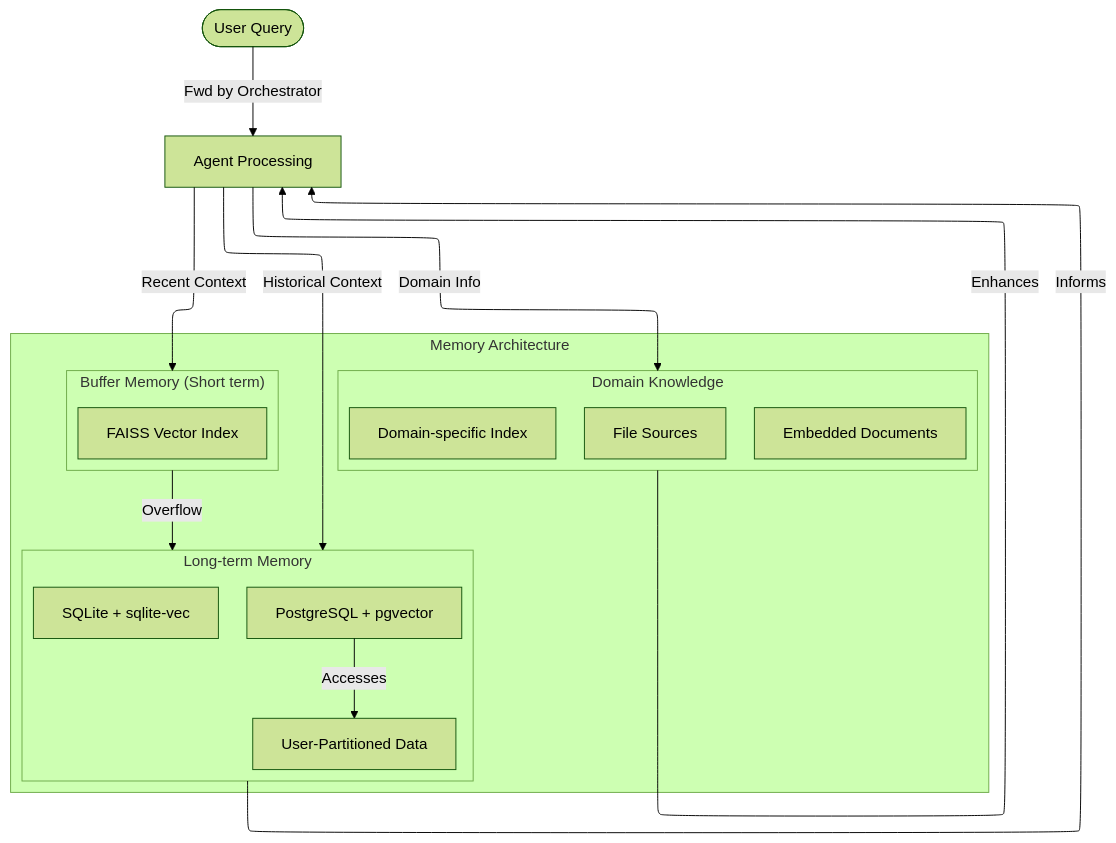
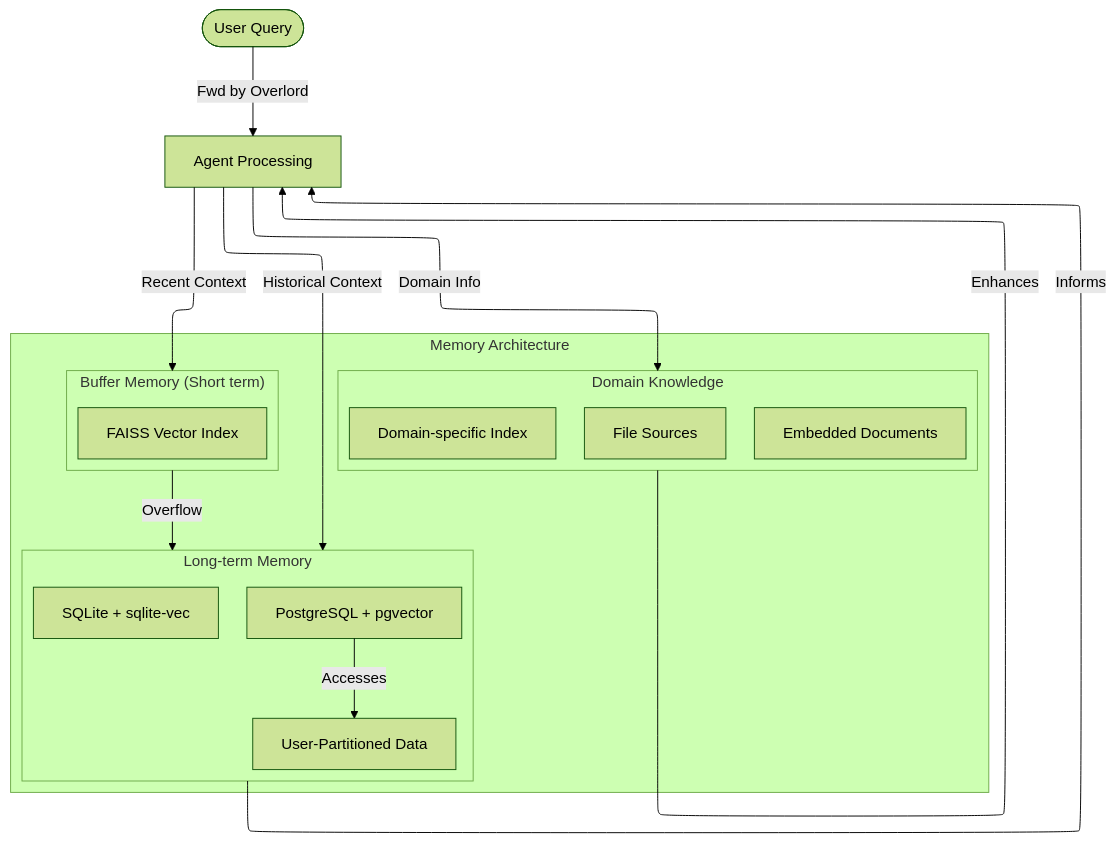
The third of 9 diagrams in Whitepaper.md (muxi-ai/runtime), drawn with Mermaid (forest theme) before and after one commit. The commit also changed other lines of this file and 56 other files, not shown here.

First line of the commit message:
Refactor Orchestrator to Overlord across the codebase

````diff
--- a/Whitepaper.md
+++ b/Whitepaper.md
@@ -315,33 +315,33 @@
 ```mermaid
 flowchart TB
     %%{init: {'flowchart': {'defaultRenderer': 'elk'}}}%%
-    UserQuery([User Query]) -- "Fwd by Orchestrator" --> Agent[Agent Processing]
+    UserQuery([User Query]) -- "Fwd by Overlord" --> Agent[Agent Processing]
 
     subgraph "Memory Architecture"
         subgraph BM["Buffer&nbsp;Memory&nbsp;(Short&nbsp;term)"]
             FAISS["FAISS Vector Index"]
         end
 
         subgraph LM["Long-term&nbsp;Memory"]
             PG[PostgreSQL + pgvector]
             SQLite[SQLite + sqlite-vec]
             PartitionedData[User-Partitioned Data]
         end
 
         subgraph domain_knowledge["Domain Knowledge"]
             Files[File Sources]
             EmbeddedDocs[Embedded Documents]
             DomainIdx[Domain-specific Index]
         end
     end
 
     Agent -- "Recent Context" --> BM
     Agent -- "Historical Context" --> LM
     Agent -- "Domain Info" --> domain_knowledge
 
     %% Relationships
     BM -- "Overflow" --> LM
     PG -- "Accesses" --> PartitionedData
     LM -- "Informs" --> Agent
     domain_knowledge -- "Enhances" --> Agent
 ```
````
